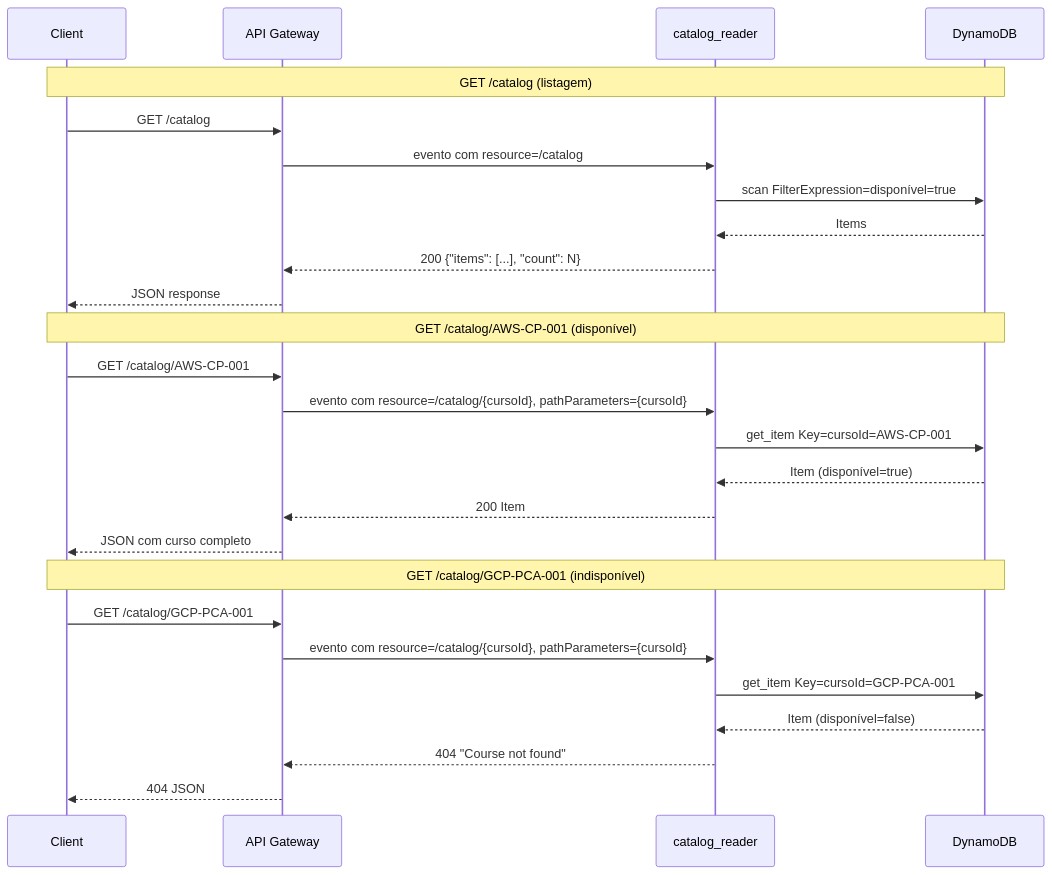
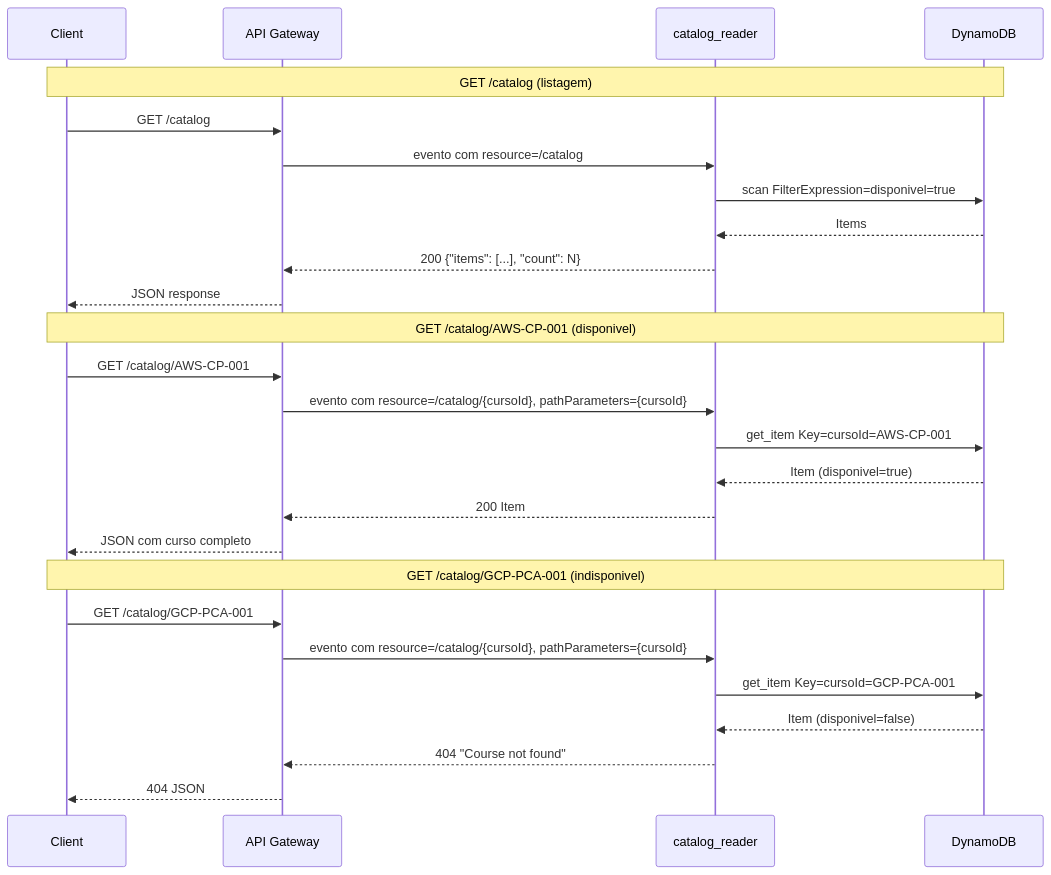
Before and after one commit to DessimA/aws-serverless-order-management: the diagram in docs/catalog_reader.md, drawn with Mermaid. The commit also changed other lines of this file, not shown here.

Commit message:
fix(docs): correct disponivel field spelling in catalog_reader doc

````diff
--- a/docs/catalog_reader.md
+++ b/docs/catalog_reader.md
@@ -54,31 +54,31 @@
 ```mermaid
 sequenceDiagram
     participant Client
     participant API as API Gateway
     participant Lambda as catalog_reader
     participant DDB as DynamoDB
 
     Note over Client,DDB: GET /catalog (listagem)
     Client->>API: GET /catalog
     API->>Lambda: evento com resource=/catalog
-    Lambda->>DDB: scan FilterExpression=disponível=true
+    Lambda->>DDB: scan FilterExpression=disponivel=true
     DDB-->>Lambda: Items
     Lambda-->>API: 200 {"items": [...], "count": N}
     API-->>Client: JSON response
 
-    Note over Client,DDB: GET /catalog/AWS-CP-001 (disponível)
+    Note over Client,DDB: GET /catalog/AWS-CP-001 (disponivel)
     Client->>API: GET /catalog/AWS-CP-001
     API->>Lambda: evento com resource=/catalog/{cursoId}, pathParameters={cursoId}
     Lambda->>DDB: get_item Key=cursoId=AWS-CP-001
-    DDB-->>Lambda: Item (disponível=true)
+    DDB-->>Lambda: Item (disponivel=true)
     Lambda-->>API: 200 Item
     API-->>Client: JSON com curso completo
 
-    Note over Client,DDB: GET /catalog/GCP-PCA-001 (indisponível)
+    Note over Client,DDB: GET /catalog/GCP-PCA-001 (indisponivel)
     Client->>API: GET /catalog/GCP-PCA-001
     API->>Lambda: evento com resource=/catalog/{cursoId}, pathParameters={cursoId}
     Lambda->>DDB: get_item Key=cursoId=GCP-PCA-001
-    DDB-->>Lambda: Item (disponível=false)
+    DDB-->>Lambda: Item (disponivel=false)
     Lambda-->>API: 404 "Course not found"
     API-->>Client: 404 JSON
 ```
````
